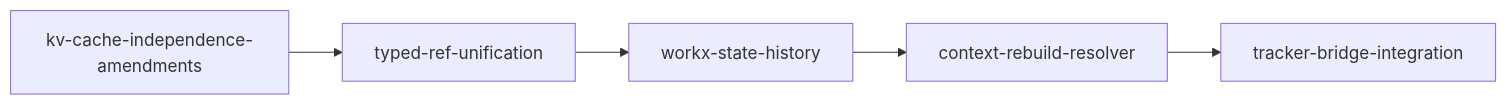
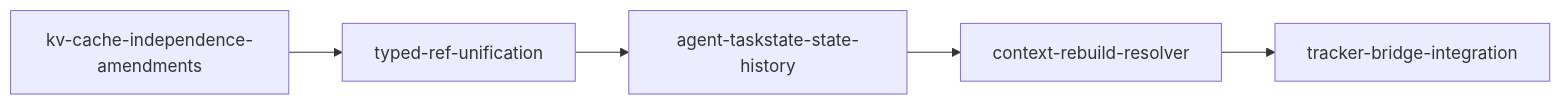
One commit to RNA4219/tracker-bridge-materials changed the diagram in orchestration/roadmap.md. Above: the diagram before and after it, drawn with Mermaid. The commit also changed other lines of this file and 15 other files, not shown here.

First line of the commit message:
docs: rename workx to agent-taskstate in documentation

````diff
--- a/orchestration/roadmap.md
+++ b/orchestration/roadmap.md
@@ -11,7 +11,7 @@
 ```mermaid
 flowchart LR
     P1[kv-cache-independence-amendments] --> P2[typed-ref-unification]
-    P2 --> P3[workx-state-history]
+    P2 --> P3[agent-taskstate-state-history]
     P3 --> P4[context-rebuild-resolver]
     P4 --> P5[tracker-bridge-integration]
 ```
````
